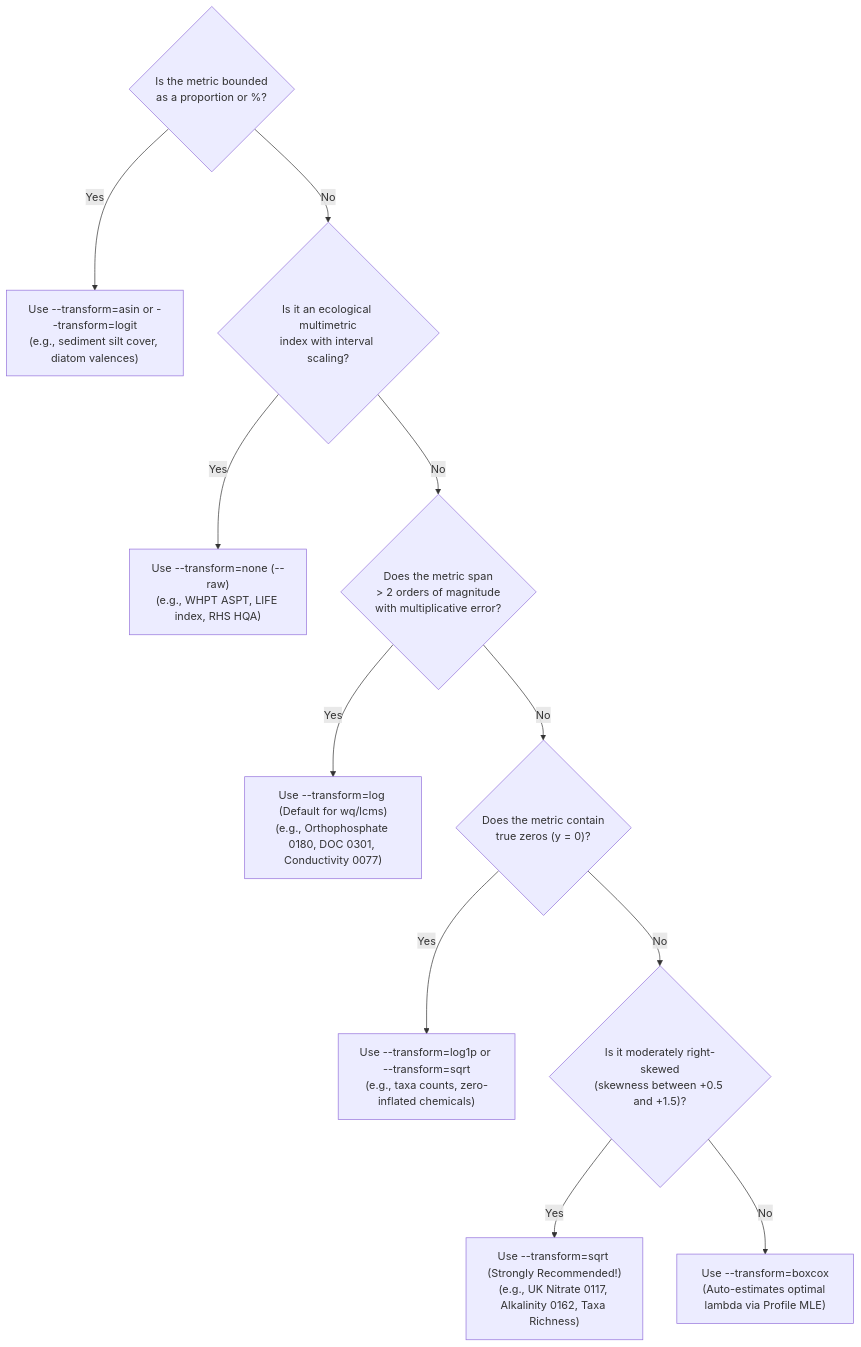
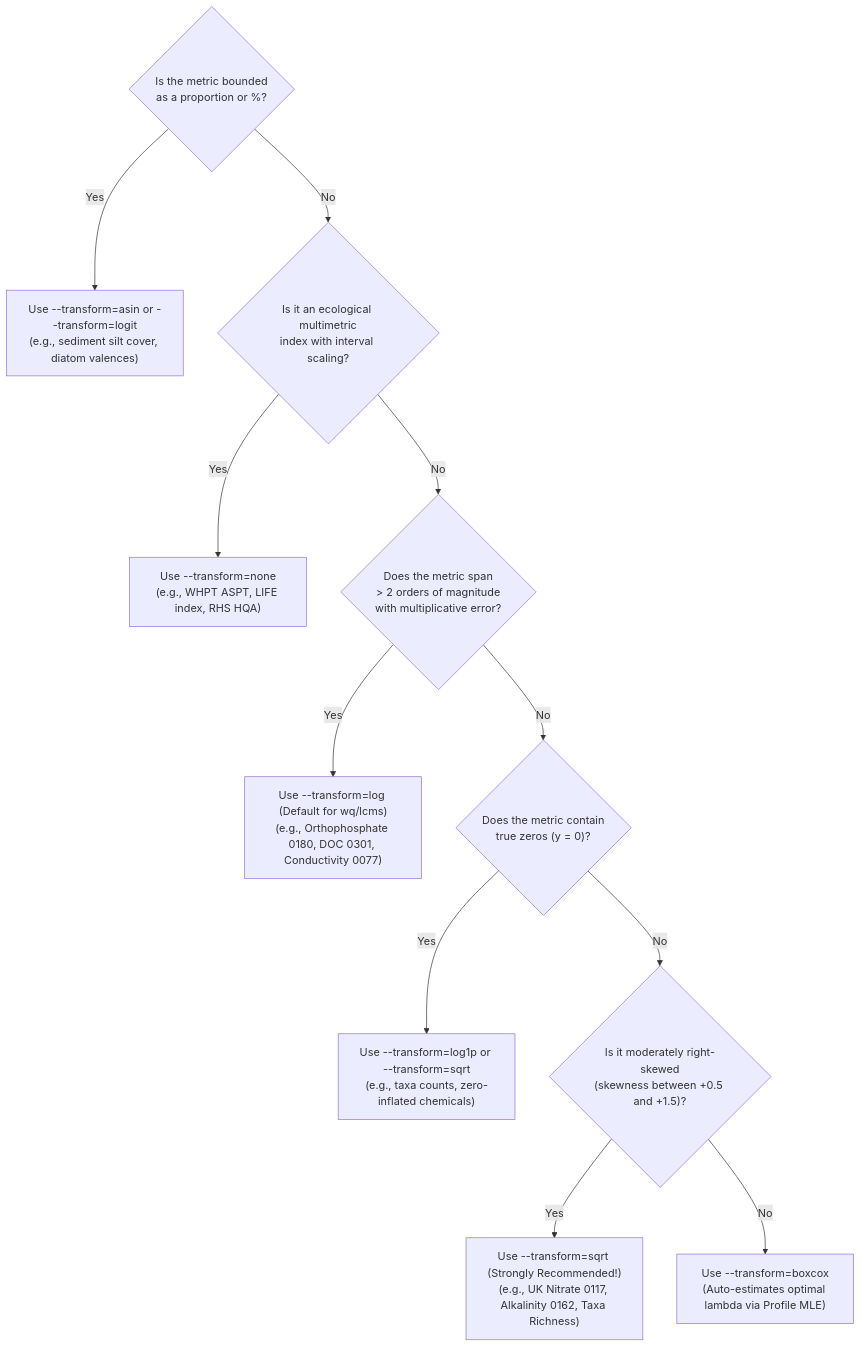
Before and after one commit to benbell95/spatial_stream_model: the diagram in docs/usage_guide.md, drawn with Mermaid. The commit also changed other lines of this file and 8 other files, not shown here.

````diff
--- a/docs/usage_guide.md
+++ b/docs/usage_guide.md
@@ -147,14 +149,14 @@
 ```mermaid
 flowchart TD
     Q1{"Is the metric bounded\nas a proportion or %?"}
     Q1 -- Yes --> B1["Use --transform=asin or --transform=logit\n(e.g., sediment silt cover, diatom valences)"]
     Q1 -- No --> Q2{"Is it an ecological multimetric\nindex with interval scaling?"}
-    Q2 -- Yes --> B2["Use --transform=none (--raw)\n(e.g., WHPT ASPT, LIFE index, RHS HQA)"]
+    Q2 -- Yes --> B2["Use --transform=none\n(e.g., WHPT ASPT, LIFE index, RHS HQA)"]
     Q2 -- No --> Q3{"Does the metric span\n> 2 orders of magnitude\nwith multiplicative error?"}
     Q3 -- Yes --> B3["Use --transform=log (Default for wq/lcms)\n(e.g., Orthophosphate 0180, DOC 0301, Conductivity 0077)"]
     Q3 -- No --> Q4{"Does the metric contain\ntrue zeros (y = 0)?"}
     Q4 -- Yes --> B4["Use --transform=log1p or --transform=sqrt\n(e.g., taxa counts, zero-inflated chemicals)"]
     Q4 -- No --> Q5{"Is it moderately right-skewed\n(skewness between +0.5 and +1.5)?"}
     Q5 -- Yes --> B5["Use --transform=sqrt (Strongly Recommended!)\n(e.g., UK Nitrate 0117, Alkalinity 0162, Taxa Richness)"]
     Q5 -- No --> B6["Use --transform=boxcox\n(Auto-estimates optimal lambda via Profile MLE)"]
 ```
````
